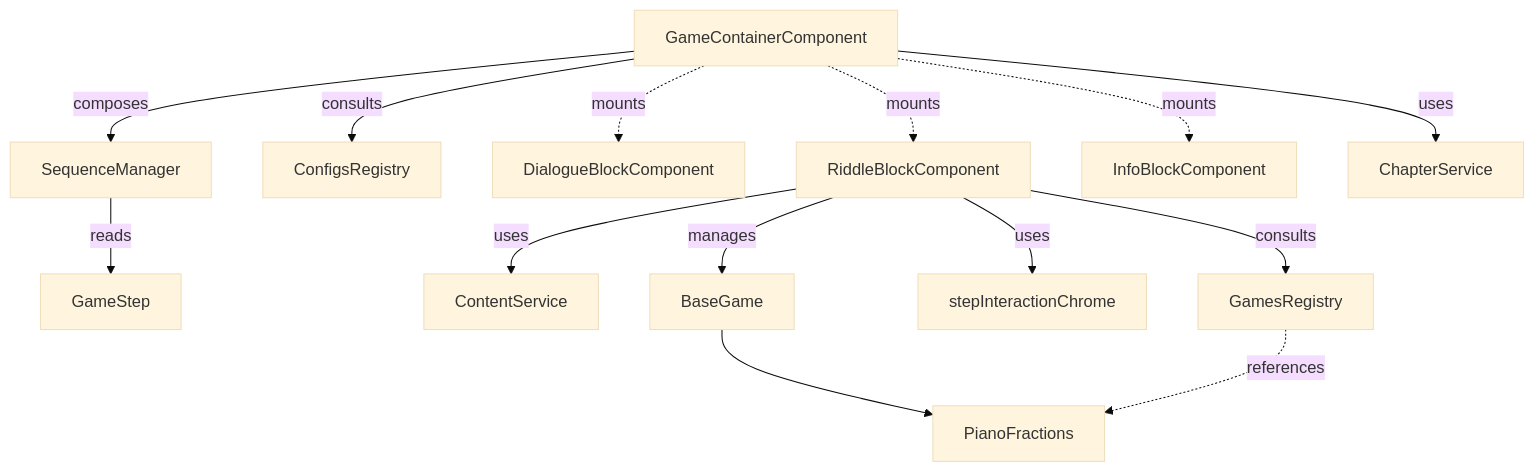
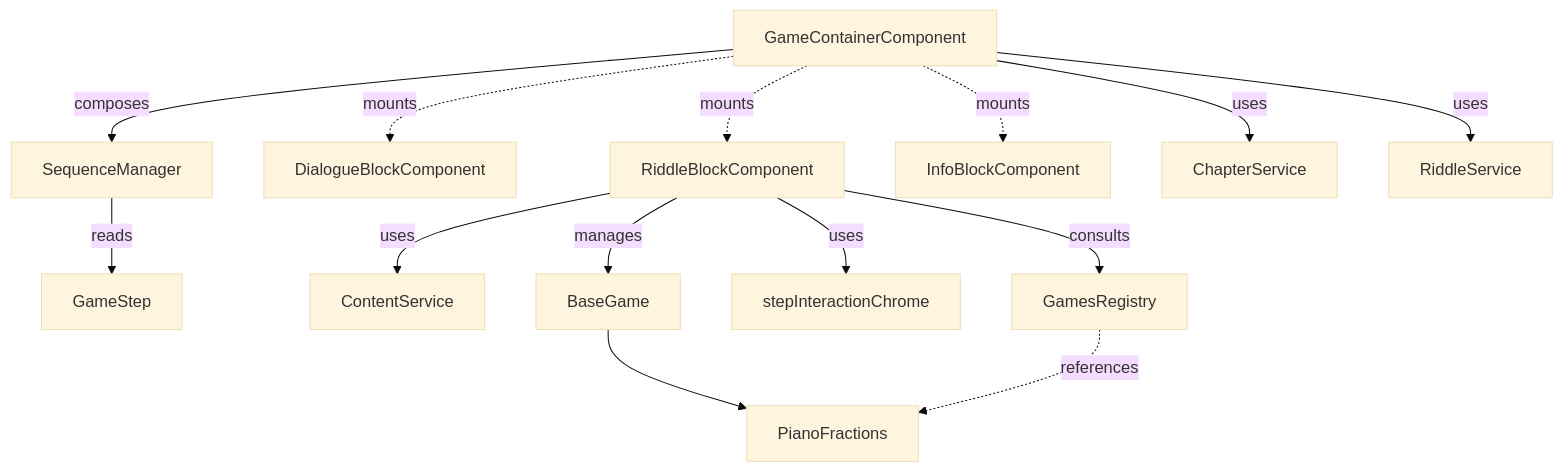
One commit to Vassili-REGNIER/matheopolis changed the diagram in .ai/architecture/frontend/game-engine.md. Above: the diagram before and after it, drawn with Mermaid (base theme). The commit also changed other lines of this file and 43 other files, not shown here.

First line of the commit message:
Refactor game logic and enhance riddle functionality

````diff
--- a/.ai/architecture/frontend/game-engine.md
+++ b/.ai/architecture/frontend/game-engine.md
@@ -135,16 +136,16 @@
 ```mermaid
 flowchart TD
   GameContainerComponent -->|composes| SequenceManager
   SequenceManager -->|reads| GameStep
-  GameContainerComponent -->|consults| ConfigsRegistry
   GameContainerComponent -.->|mounts| DialogueBlockComponent
   GameContainerComponent -.->|mounts| RiddleBlockComponent
   GameContainerComponent -.->|mounts| InfoBlockComponent
   GameContainerComponent -->|uses| ChapterService
+  GameContainerComponent -->|uses| RiddleService
   RiddleBlockComponent -->|uses| ContentService
   RiddleBlockComponent -->|manages| BaseGame
   RiddleBlockComponent -->|uses| stepInteractionChrome
   RiddleBlockComponent -->|consults| GamesRegistry
   BaseGame --> PianoFractions
   GamesRegistry -.->|references| PianoFractions
 ```
````
